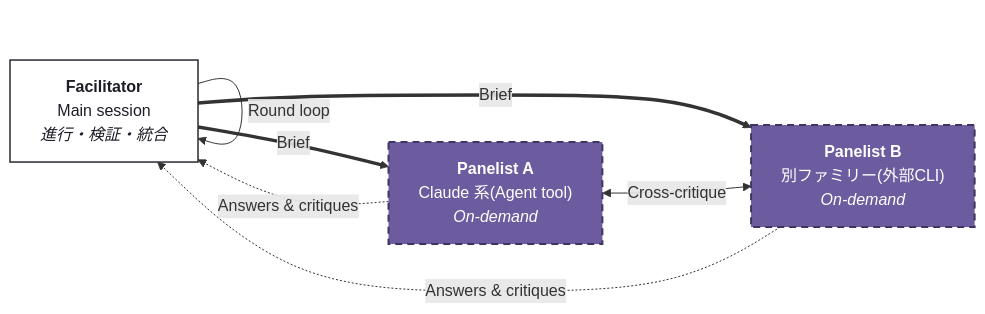
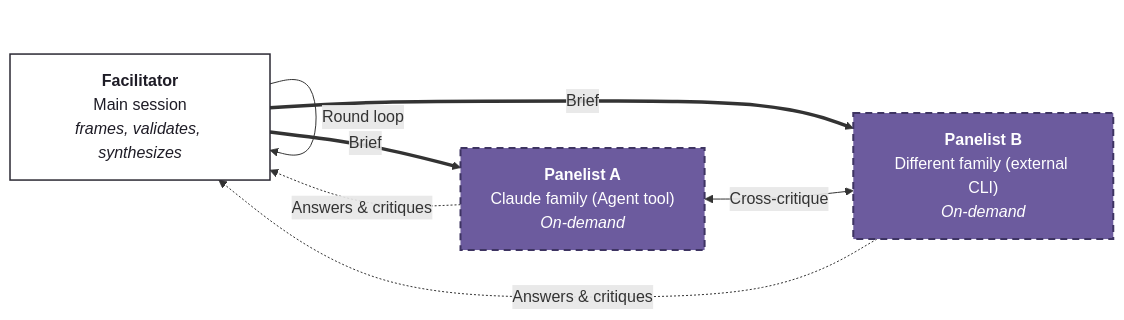
Before and after one commit to makinux/adversarial-panel: the first of 2 diagrams in README.md, drawn with Mermaid. The commit also changed other lines of this file and 1 other file, not shown here.

````diff
--- a/README.md
+++ b/README.md
@@ -20,18 +20,18 @@
 ```mermaid
 flowchart LR
-    F["<b>Facilitator</b><br/>Main session<br/><i>進行・検証・統合</i>"]
-    A["<b>Panelist A</b><br/>Claude 系(Agent tool)<br/><i>On-demand</i>"]
-    B["<b>Panelist B</b><br/>別ファミリー(外部CLI)<br/><i>On-demand</i>"]
+    F["<b>Facilitator</b><br/>Main session<br/><i>frames, validates, synthesizes</i>"]
+    A["<b>Panelist A</b><br/>Claude family (Agent tool)<br/><i>On-demand</i>"]
+    B["<b>Panelist B</b><br/>Different family (external CLI)<br/><i>On-demand</i>"]
 
     F -->|"Round loop"| F
     F ==>|"Brief"| A
     F ==>|"Brief"| B
     A -.->|"Answers & critiques"| F
     B -.->|"Answers & critiques"| F
     A <-->|"Cross-critique"| B
 
     classDef facilitator fill:#FFFFFF,stroke:#2B2833,stroke-width:1.5px,color:#1E1C26
     classDef panelist fill:#6C5B9E,stroke:#3E3462,stroke-width:2px,stroke-dasharray:7 5,color:#FFFFFF
     class F facilitator
     class A,B panelist
 ```
````
